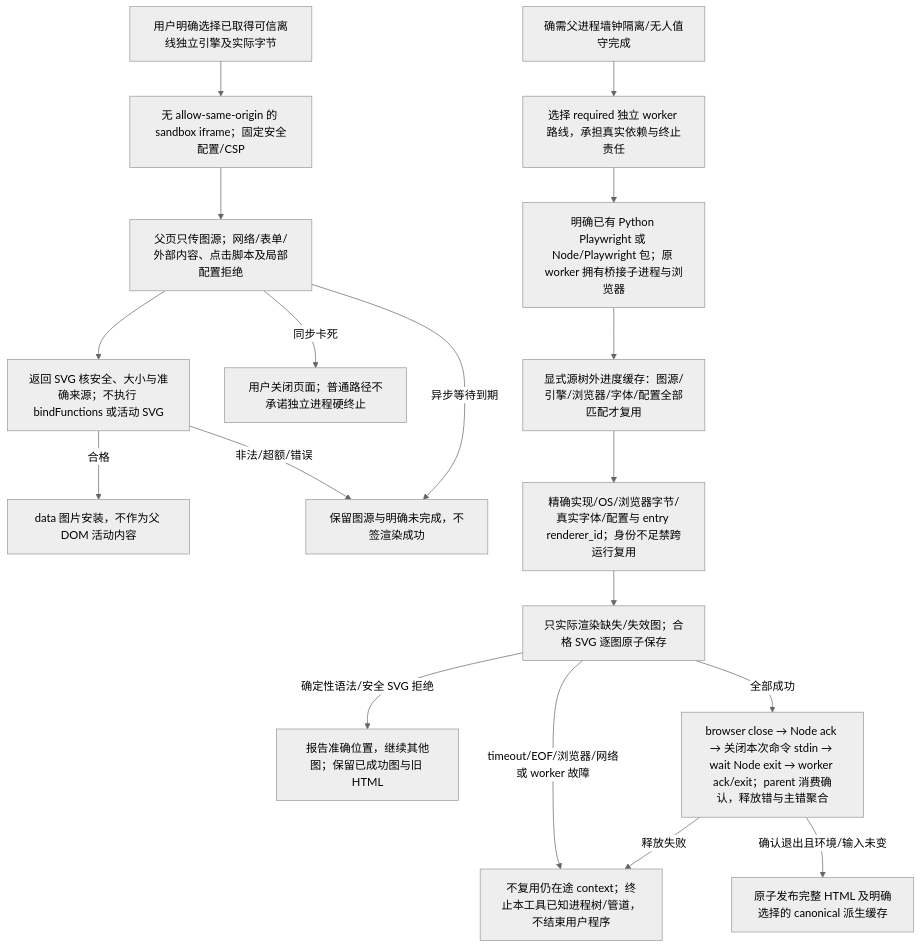
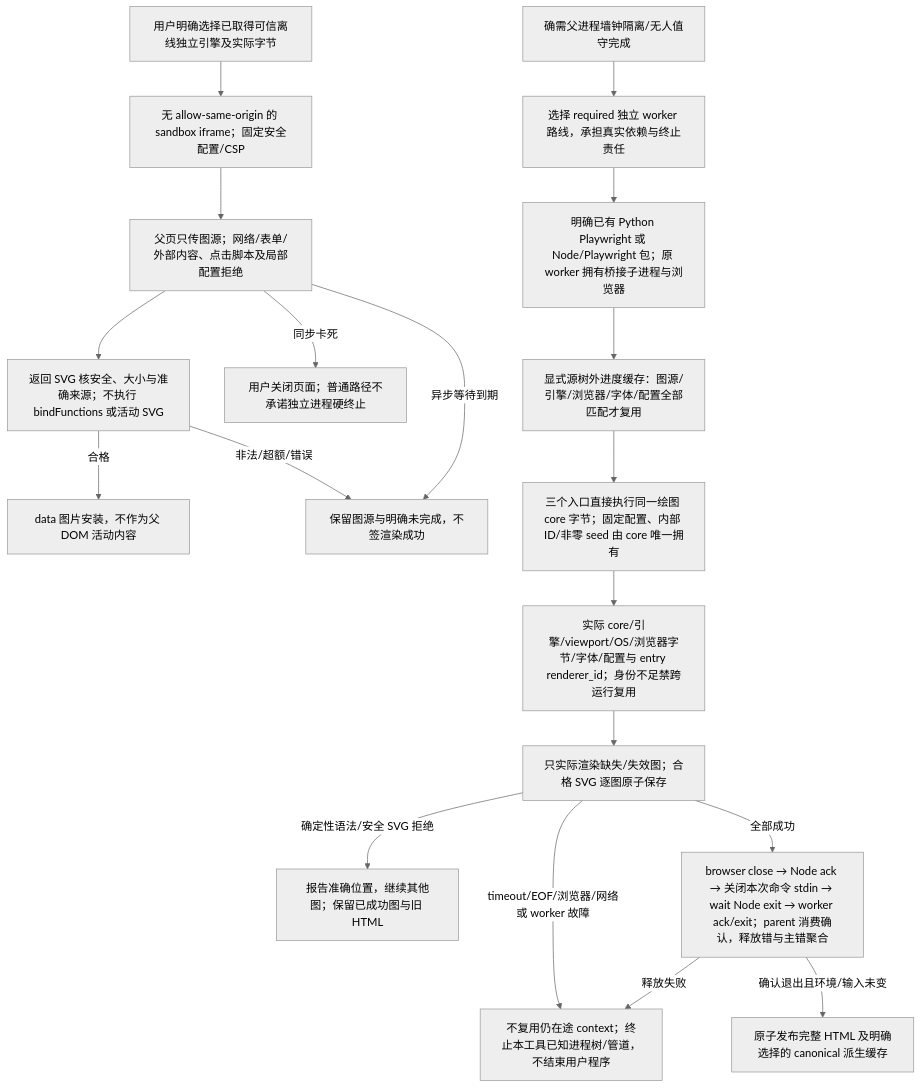
One commit to sec-platform/sec changed the second of 3 diagrams in docs/维护/阅读构建.md. Above: the diagram before and after it, drawn with Mermaid (neutral theme). The commit also changed other lines of this file and 118 other files, not shown here.

````diff
--- a/docs/维护/阅读构建.md
+++ b/docs/维护/阅读构建.md
@@ -65,20 +65,21 @@
 ```mermaid
 flowchart TD
   engine["用户明确选择已取得可信离线独立引擎及实际字节"] --> frame["无 allow-same-origin 的 sandbox iframe；固定安全配置/CSP"]
   frame --> render["父页只传图源；网络/表单/外部内容、点击脚本及局部配置拒绝"]
   render --> svg["返回 SVG 核安全、大小与准确来源；不执行 bindFunctions 或活动 SVG"]
   svg -->|合格| image["data 图片安装，不作为父 DOM 活动内容"]
   svg -->|非法/超额/错误| failed["保留图源与明确未完成，不签渲染成功"]
   render -->|异步等待到期| failed
   render -->|同步卡死| close["用户关闭页面；普通路径不承诺独立进程硬终止"]
   need["确需父进程墙钟隔离/无人值守完成"] --> required["选择 required 独立 worker 路线，承担真实依赖与终止责任"]
   required --> runtime["明确已有 Python Playwright 或 Node/Playwright 包；原 worker 拥有桥接子进程与浏览器"]
   runtime --> progress["显式源树外进度缓存：图源/引擎/浏览器/字体/配置全部匹配才复用"]
-  progress --> missing["精确实现/OS/浏览器字节/真实字体/配置与 entry renderer_id；身份不足禁跨运行复用"]
+  progress --> core["三个入口直接执行同一绘图 core 字节；固定配置、内部 ID/非零 seed 由 core 唯一拥有"]
+  core --> missing["实际 core/引擎/viewport/OS/浏览器字节/字体/配置与 entry renderer_id；身份不足禁跨运行复用"]
   missing --> draw["只实际渲染缺失/失效图；合格 SVG 逐图原子保存"]
   draw -->|确定性语法/安全 SVG 拒绝| collect["报告准确位置，继续其他图；保留已成功图与旧 HTML"]
   draw -->|timeout/EOF/浏览器/网络或 worker 故障| stop["不复用仍在途 context；终止本工具已知进程树/管道，不结束用户程序"]
   draw -->|全部成功| renderer_closed["browser close → Node ack → 关闭本次命令 stdin → wait Node exit → worker ack/exit；parent 消费确认，释放错与主错聚合"]
   renderer_closed -->|释放失败| stop
   renderer_closed -->|确认退出且环境/输入未变| publish["原子发布完整 HTML 及明确选择的 canonical 派生缓存"]
 ```
````
